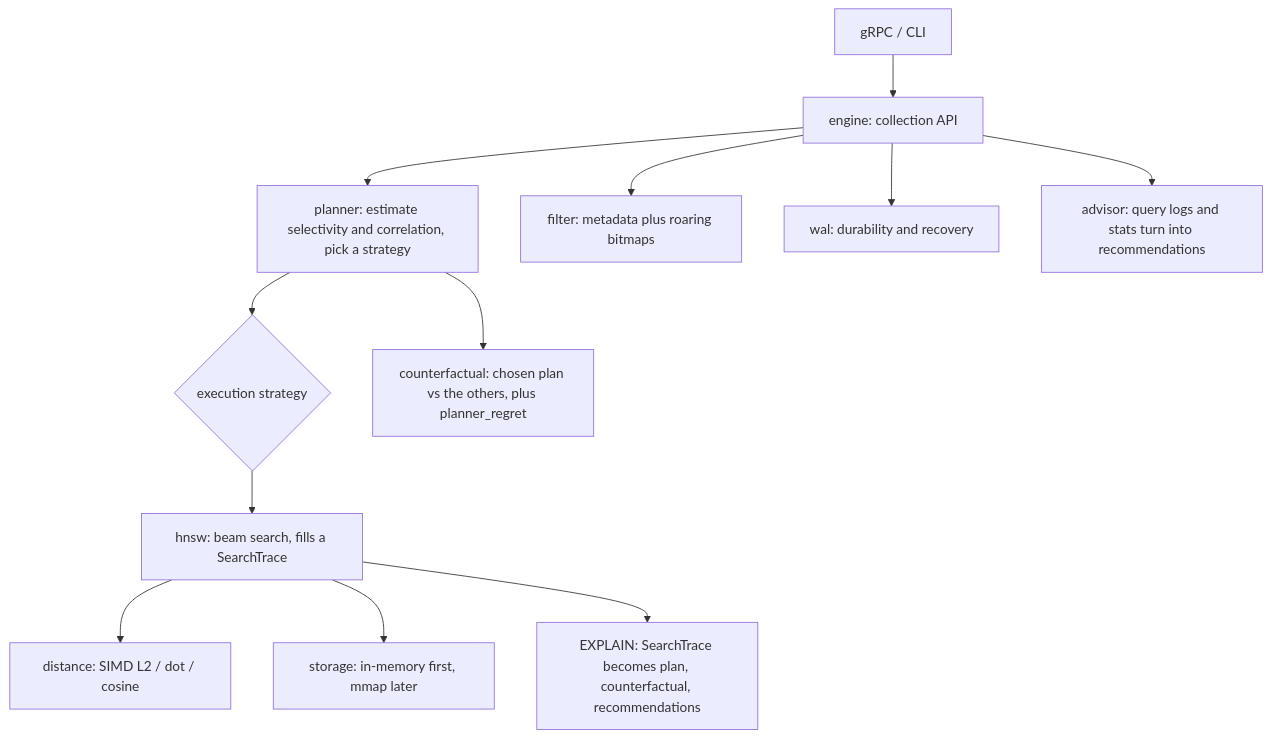
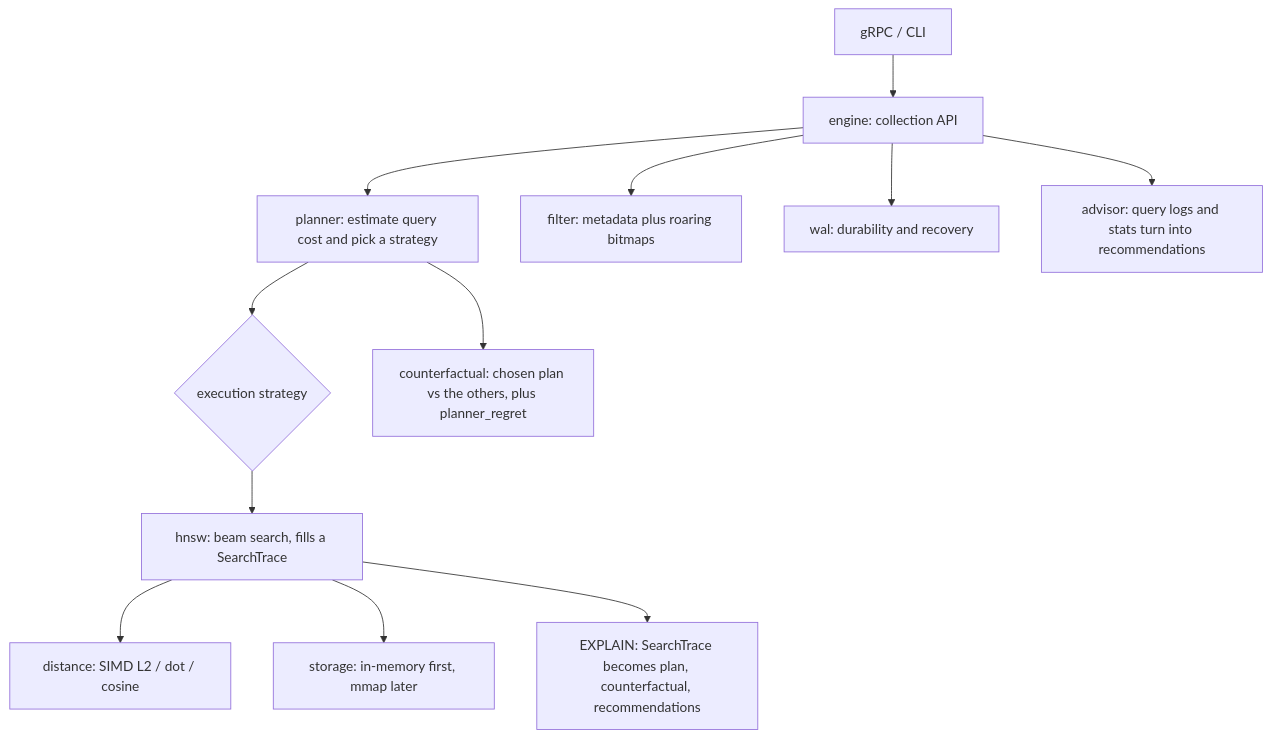
Before and after one commit to vanshamara/Loupe: the diagram in README.md, drawn with Mermaid. The commit also changed other lines of this file and 3 other files, not shown here.

Commit message:
add cost based planner model

````diff
--- a/README.md
+++ b/README.md
@@ -52,14 +52,14 @@
 ```mermaid
 flowchart TD
     C[gRPC / CLI] --> E[engine: collection API]
-    E --> P[planner: estimate selectivity and correlation, pick a strategy]
+    E --> P[planner: estimate query cost and pick a strategy]
     P --> S{execution strategy}
     P --> CF[counterfactual: chosen plan vs the others, plus planner_regret]
     S --> H[hnsw: beam search, fills a SearchTrace]
     E --> F[filter: metadata plus roaring bitmaps]
     H --> D[distance: SIMD L2 / dot / cosine]
     H --> ST[storage: in-memory first, mmap later]
     E --> W[wal: durability and recovery]
     E --> A[advisor: query logs and stats turn into recommendations]
     H --> X[EXPLAIN: SearchTrace becomes plan, counterfactual, recommendations]
 ```
````
